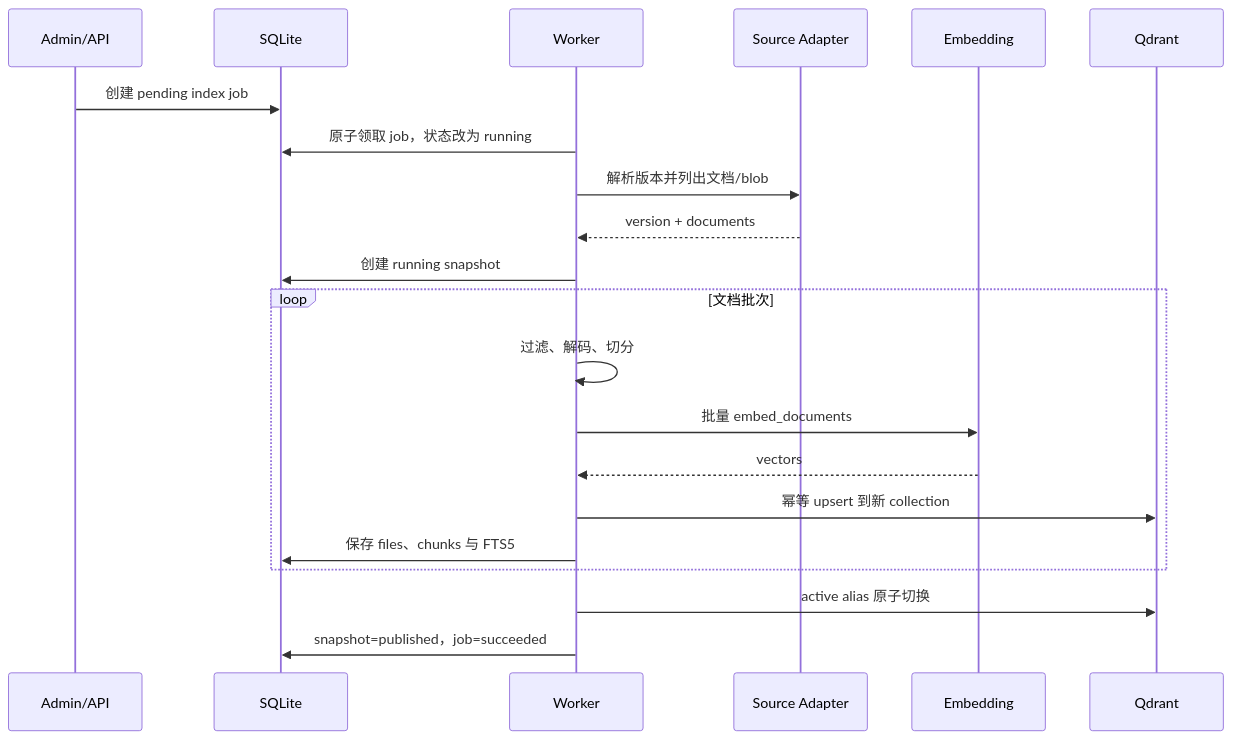
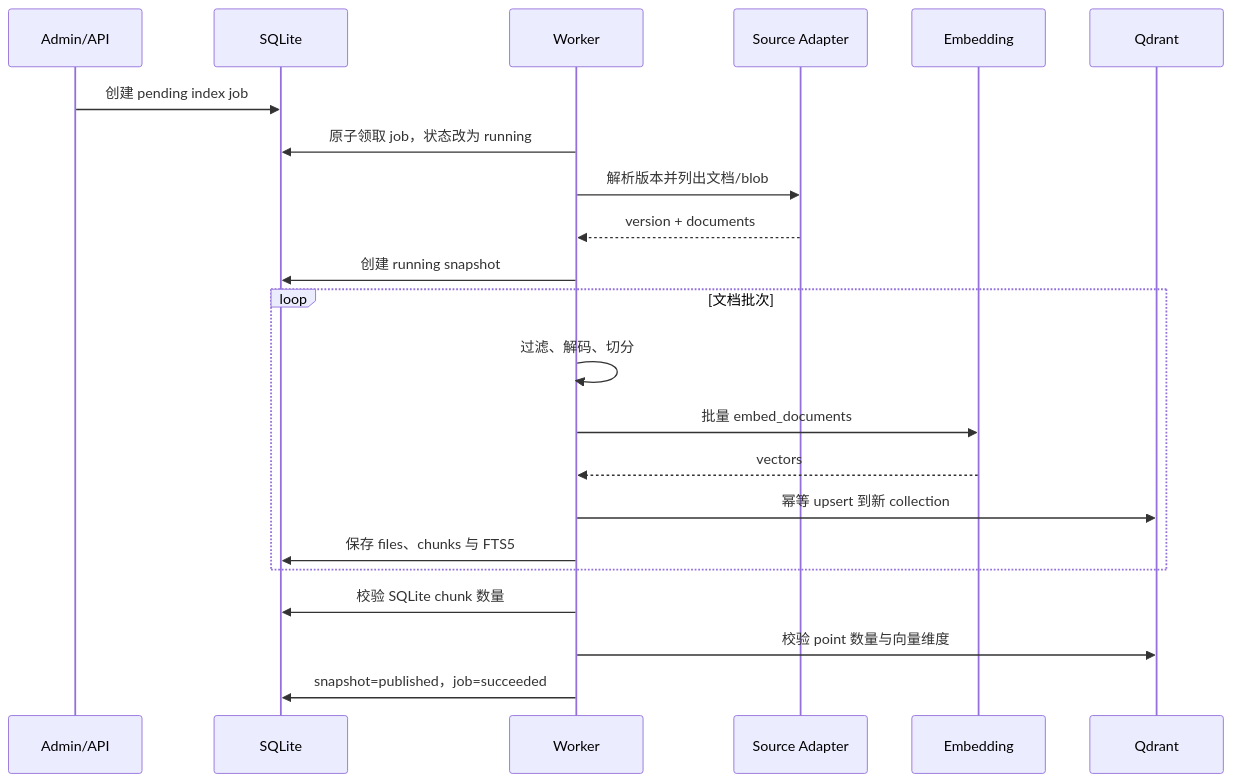
The second of 3 diagrams in README.md (wangmangguo555-del/RAG), drawn with Mermaid before and after one commit. The commit also changed other lines of this file and 35 other files, not shown here.

````diff
--- a/README.md
+++ b/README.md
@@ -263,24 +276,25 @@
 ```mermaid
 sequenceDiagram
     participant A as Admin/API
     participant S as SQLite
     participant W as Worker
     participant R as Source Adapter
     participant E as Embedding
     participant Q as Qdrant
 
     A->>S: 创建 pending index job
     W->>S: 原子领取 job，状态改为 running
     W->>R: 解析版本并列出文档/blob
     R-->>W: version + documents
     W->>S: 创建 running snapshot
     loop 文档批次
         W->>W: 过滤、解码、切分
         W->>E: 批量 embed_documents
         E-->>W: vectors
         W->>Q: 幂等 upsert 到新 collection
         W->>S: 保存 files、chunks 与 FTS5
     end
-    W->>Q: active alias 原子切换
+    W->>S: 校验 SQLite chunk 数量
+    W->>Q: 校验 point 数量与向量维度
     W->>S: snapshot=published，job=succeeded
 ```
````
